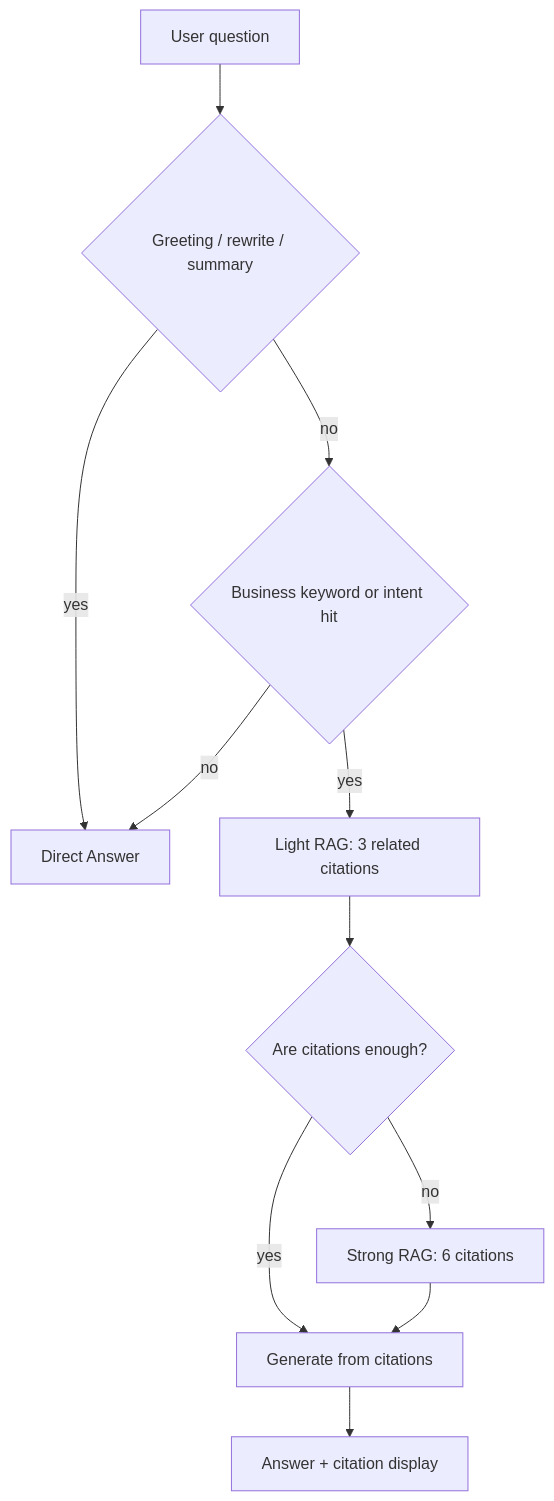
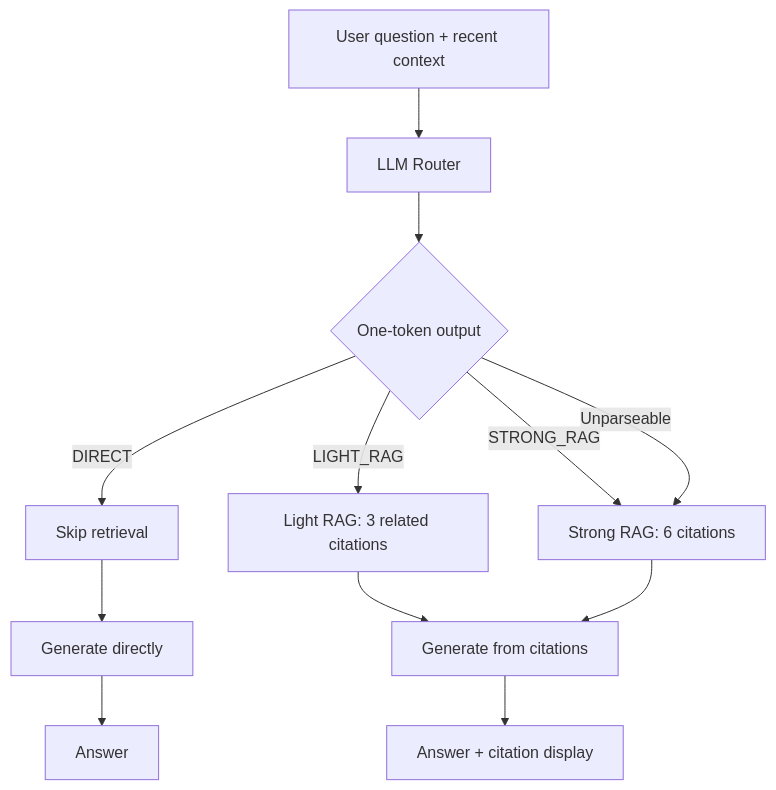
The sixth of 6 diagrams in docs-site/docs/en/rag-architecture.md (billzi2016/chinapost-internship), drawn with Mermaid before and after one commit. The commit also changed other lines of this file and 5 other files, not shown here.

````diff
--- a/docs-site/docs/en/rag-architecture.md
+++ b/docs-site/docs/en/rag-architecture.md
@@ -186,13 +194,14 @@
 ```mermaid
 flowchart TD
-    A[User question] --> B{Greeting / rewrite / summary}
-    B -- yes --> C[Direct Answer]
-    B -- no --> D{Business keyword or intent hit}
-    D -- no --> C
-    D -- yes --> E[Light RAG: 3 related citations]
-    E --> F{Are citations enough?}
-    F -- yes --> G[Generate from citations]
-    F -- no --> H[Strong RAG: 6 citations]
-    H --> G
-    G --> I[Answer + citation display]
+    A[User question + recent context] --> B[LLM Router]
+    B --> C{One-token output}
+    C -- DIRECT --> D[Skip retrieval]
+    C -- LIGHT_RAG --> E[Light RAG: 3 related citations]
+    C -- STRONG_RAG --> F[Strong RAG: 6 citations]
+    C -- Unparseable --> F
+    D --> G[Generate directly]
+    E --> H[Generate from citations]
+    F --> H
+    G --> I[Answer]
+    H --> J[Answer + citation display]
 ```
````
